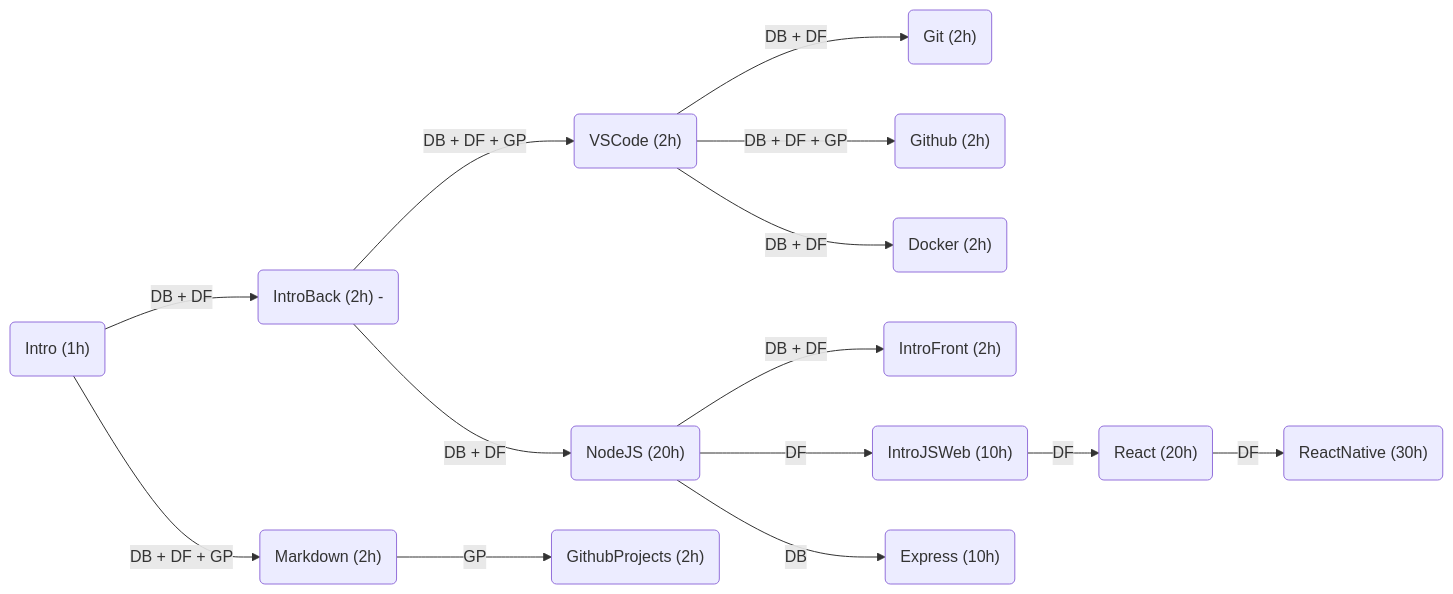
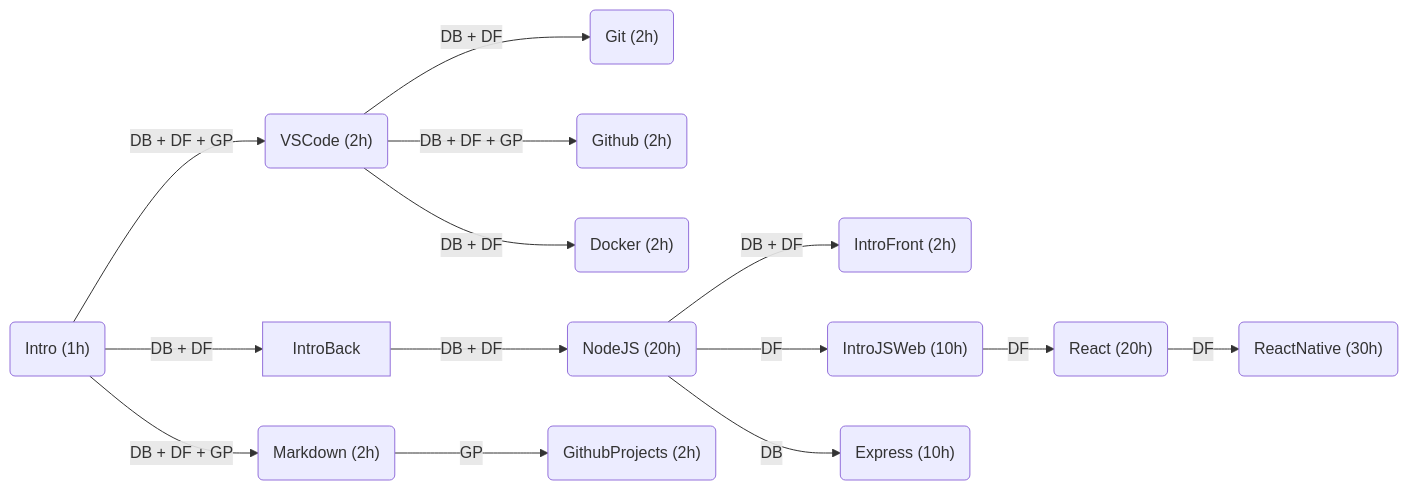
One commit to Daissen/treinamento changed the diagram in README.md. Above: the diagram before and after it, drawn with Mermaid.

Commit message:
[FIX] Módulo VS Code não depende do IntroBack

````diff
--- a/README.md
+++ b/README.md
@@ -33,16 +33,16 @@
 ```mermaid
 flowchart LR
   Intro("Intro (1h)") --  "DB + DF"  --> IntroBack
   Intro -- "DB + DF + GP" --> Markdown
-  IntroBack("IntroBack (2h) - ") -- "DB + DF + GP" --> VSCode 
+  Intro -- "DB + DF + GP" --> VSCode
   VSCode("VSCode (2h)") -- "DB + DF" --> Git("Git (2h)")
   VSCode -- "DB + DF + GP" --> Github("Github (2h)")
   VSCode -- "DB + DF" --> Docker("Docker (2h)")
   IntroBack -- "DB + DF" --> NodeJS
   NodeJS("NodeJS (20h)") -- "DB + DF" --> IntroFront("IntroFront (2h)")
   NodeJS -- "DF" --> IntroJSWeb
   IntroJSWeb("IntroJSWeb (10h)") -- "DF" --> React
   React("React (20h)") -- "DF" --> ReactNative("ReactNative (30h)")
   Markdown("Markdown (2h)") -- "GP" --> GithubProjects("GithubProjects (2h)")
   NodeJS -- "DB" --> Express("Express (10h)")
 ```
````
